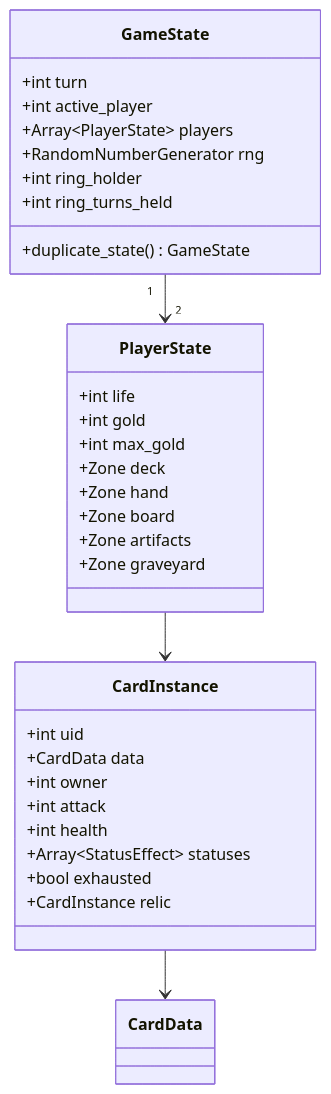
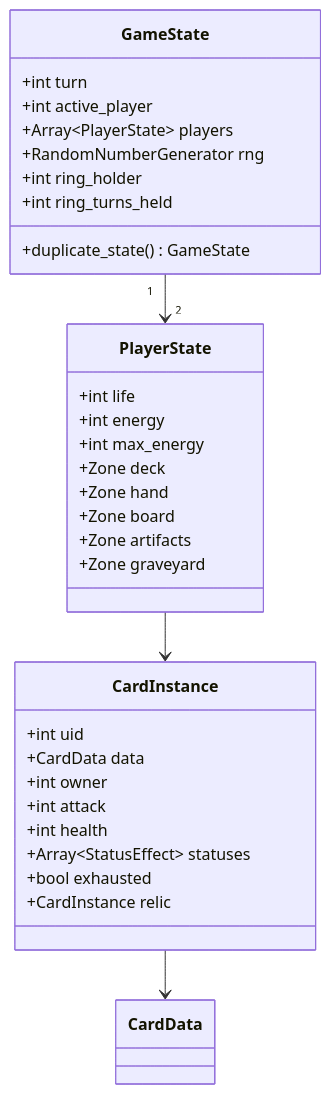
One commit to TuntematonSotilas/nothung changed the diagram in docs/technical/03-data-model.md. Above: the diagram before and after it, drawn with Mermaid. The commit also changed other lines of this file and 13 other files, not shown here.

````diff
--- a/docs/technical/03-data-model.md
+++ b/docs/technical/03-data-model.md
@@ -53,35 +53,35 @@
 ```mermaid
 classDiagram
     class GameState {
       +int turn
       +int active_player
       +Array~PlayerState~ players
       +RandomNumberGenerator rng
       +int ring_holder
       +int ring_turns_held
       +duplicate_state() GameState
     }
     class PlayerState {
       +int life
-      +int gold
-      +int max_gold
+      +int energy
+      +int max_energy
       +Zone deck
       +Zone hand
       +Zone board
       +Zone artifacts
       +Zone graveyard
     }
     class CardInstance {
       +int uid
       +CardData data
       +int owner
       +int attack
       +int health
       +Array~StatusEffect~ statuses
       +bool exhausted
       +CardInstance relic
     }
     GameState "1" --> "2" PlayerState
     PlayerState --> CardInstance
     CardInstance --> CardData
 ```
````
